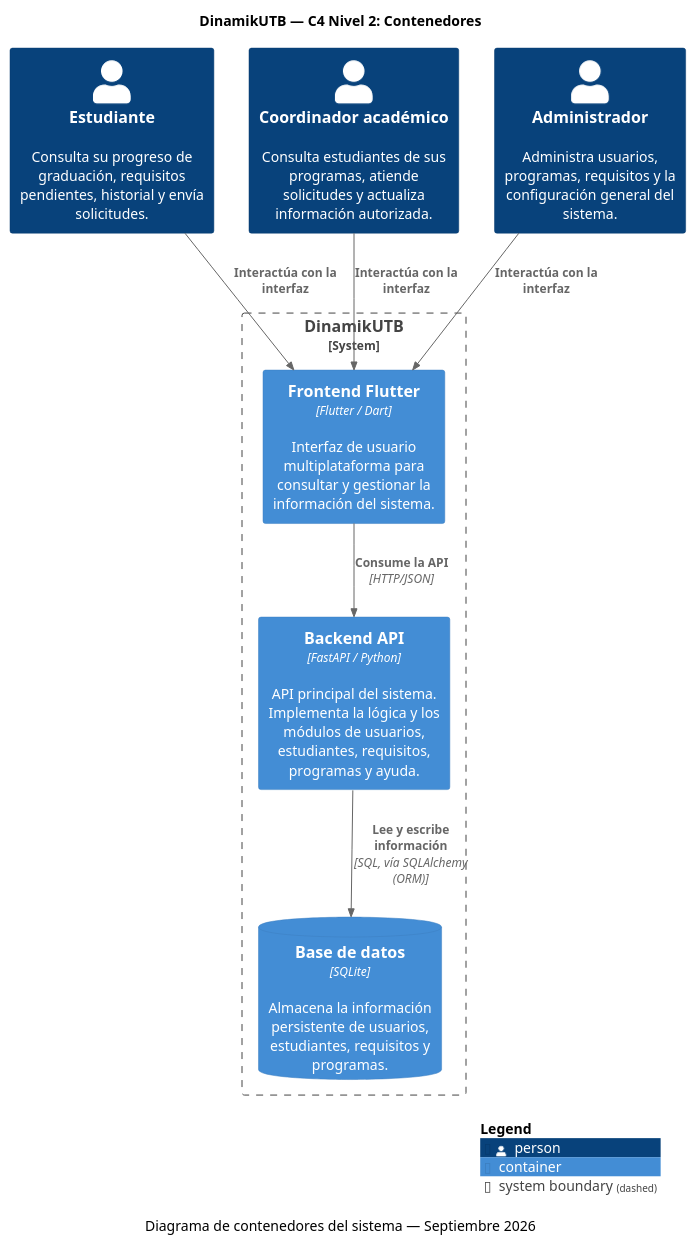
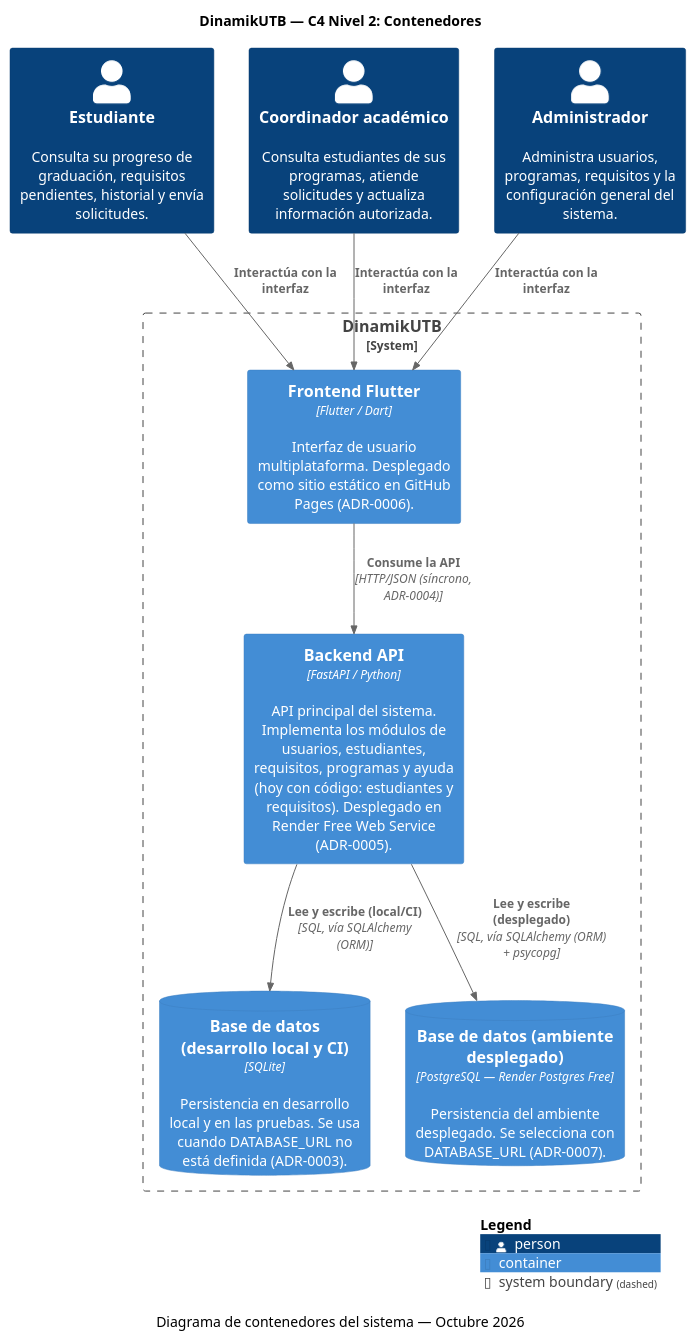
One commit to ISCOUTB/AS_202620_DinamikUTB changed the diagram in docs/c4/contenedores.puml. Above: the diagram before and after it, drawn with PlantUML.

```diff
--- a/docs/c4/contenedores.puml
+++ b/docs/c4/contenedores.puml
@@ -1,24 +1,26 @@
 @startuml
 !include https://raw.githubusercontent.com/plantuml-stdlib/C4-PlantUML/master/C4_Container.puml
 
 title DinamikUTB — C4 Nivel 2: Contenedores
-caption Diagrama de contenedores del sistema — Septiembre 2026
+caption Diagrama de contenedores del sistema — Octubre 2026
 
 Person(estudiante, "Estudiante", "Consulta su progreso de graduación, requisitos pendientes, historial y envía solicitudes.")
 Person(coordinador, "Coordinador académico", "Consulta estudiantes de sus programas, atiende solicitudes y actualiza información autorizada.")
 Person(administrador, "Administrador", "Administra usuarios, programas, requisitos y la configuración general del sistema.")
 
 System_Boundary(dinamik, "DinamikUTB") {
-    Container(frontend, "Frontend Flutter", "Flutter / Dart", "Interfaz de usuario multiplataforma para consultar y gestionar la información del sistema.")
-    Container(backend, "Backend API", "FastAPI / Python", "API principal del sistema. Implementa la lógica y los módulos de usuarios, estudiantes, requisitos, programas y ayuda.")
-    ContainerDb(database, "Base de datos", "SQLite", "Almacena la información persistente de usuarios, estudiantes, requisitos y programas.")
+    Container(frontend, "Frontend Flutter", "Flutter / Dart", "Interfaz de usuario multiplataforma. Desplegado como sitio estático en GitHub Pages (ADR-0006).")
+    Container(backend, "Backend API", "FastAPI / Python", "API principal del sistema. Implementa los módulos de usuarios, estudiantes, requisitos, programas y ayuda (hoy con código: estudiantes y requisitos). Desplegado en Render Free Web Service (ADR-0005).")
+    ContainerDb(database_local, "Base de datos (desarrollo local y CI)", "SQLite", "Persistencia en desarrollo local y en las pruebas. Se usa cuando DATABASE_URL no está definida (ADR-0003).")
+    ContainerDb(database_prod, "Base de datos (ambiente desplegado)", "PostgreSQL — Render Postgres Free", "Persistencia del ambiente desplegado. Se selecciona con DATABASE_URL (ADR-0007).")
 }
 
 Rel(estudiante, frontend, "Interactúa con la interfaz")
 Rel(coordinador, frontend, "Interactúa con la interfaz")
 Rel(administrador, frontend, "Interactúa con la interfaz")
-Rel(frontend, backend, "Consume la API", "HTTP/JSON")
-Rel(backend, database, "Lee y escribe información", "SQL, vía SQLAlchemy (ORM)")
+Rel(frontend, backend, "Consume la API", "HTTP/JSON (síncrono, ADR-0004)")
+Rel(backend, database_local, "Lee y escribe (local/CI)", "SQL, vía SQLAlchemy (ORM)")
+Rel(backend, database_prod, "Lee y escribe (desplegado)", "SQL, vía SQLAlchemy (ORM) + psycopg")
 
 SHOW_LEGEND()
 @enduml
```
